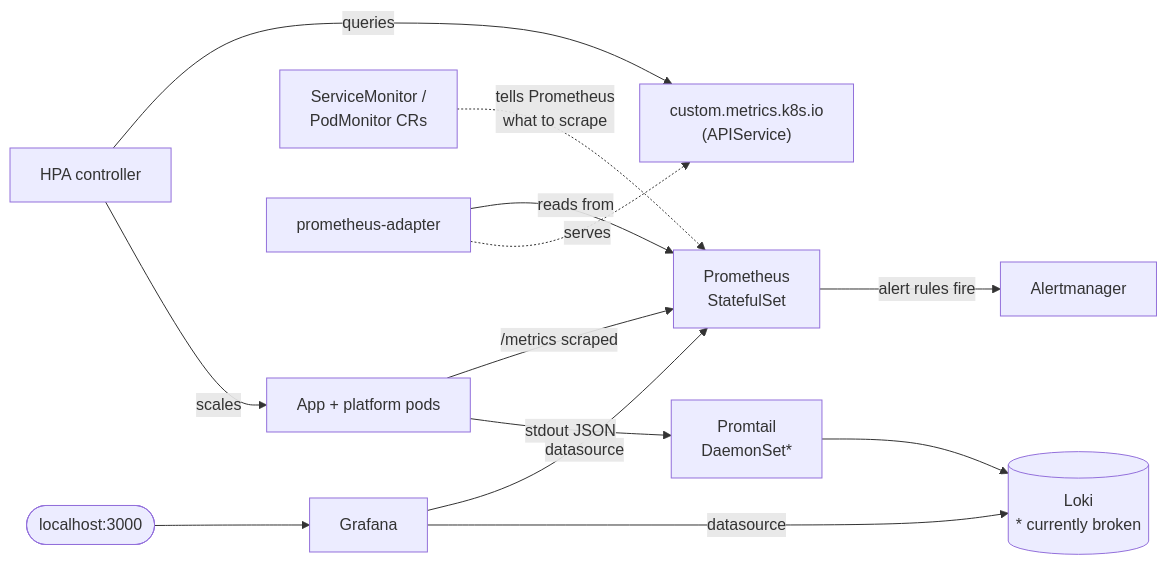
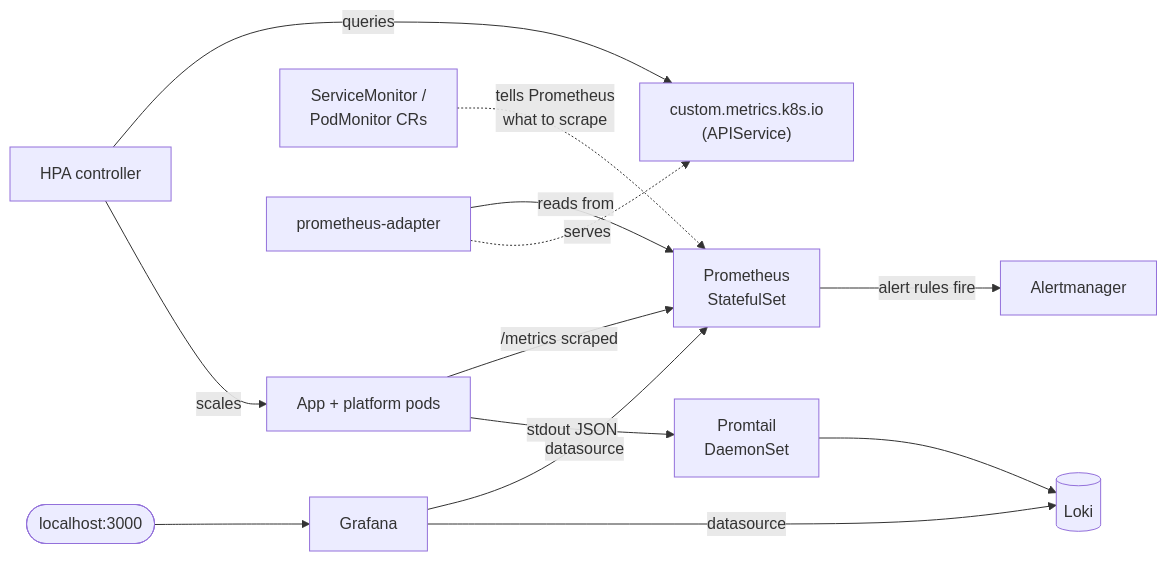
Before and after one commit to vaskosmihaylov/k8s-aws-platform: the fourth of 4 diagrams in docs/architecture.md, drawn with Mermaid. The commit also changed other lines of this file and 25 other files, not shown here.

````diff
--- a/docs/architecture.md
+++ b/docs/architecture.md
@@ -125,32 +122,32 @@
 ```mermaid
 flowchart LR
     pods[App + platform pods]
     sm[ServiceMonitor /<br/>PodMonitor CRs]
     prom[Prometheus<br/>StatefulSet]
     am[Alertmanager]
     pa[prometheus-adapter]
     cma["custom.metrics.k8s.io<br/>(APIService)"]
     hpa[HPA controller]
 
-    promtail[Promtail<br/>DaemonSet*]
-    loki[(Loki<br/>* currently broken)]
+    promtail[Promtail<br/>DaemonSet]
+    loki[(Loki)]
 
     grafana[Grafana]
     user([localhost:3000])
 
     pods -->|/metrics scraped| prom
     sm -.tells Prometheus<br/>what to scrape.-> prom
     prom -->|alert rules fire| am
 
     pa -->|reads from| prom
     pa -.serves.-> cma
     hpa -->|queries| cma
     hpa -->|scales| pods
 
     pods -->|stdout JSON| promtail
     promtail --> loki
 
     grafana -->|datasource| prom
     grafana -->|datasource| loki
     user --> grafana
 ```
````
